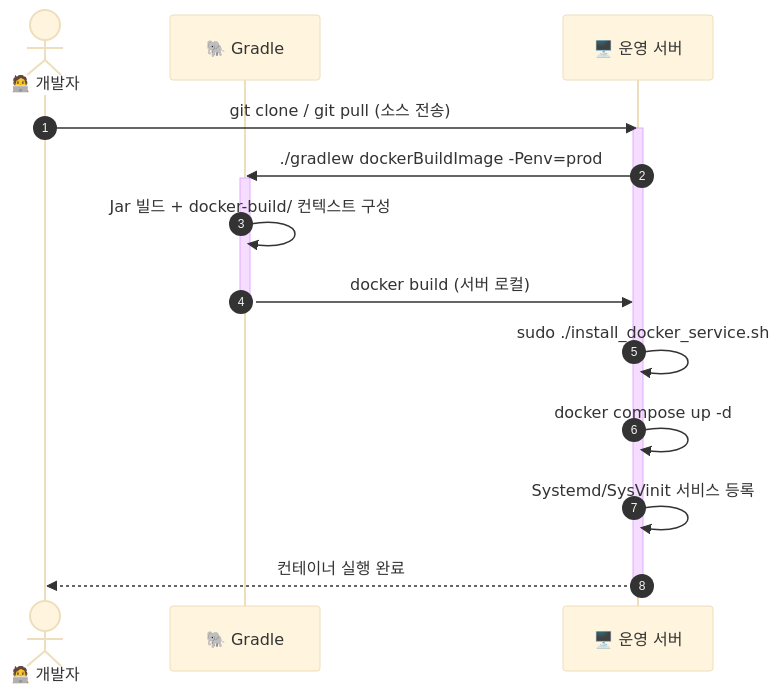
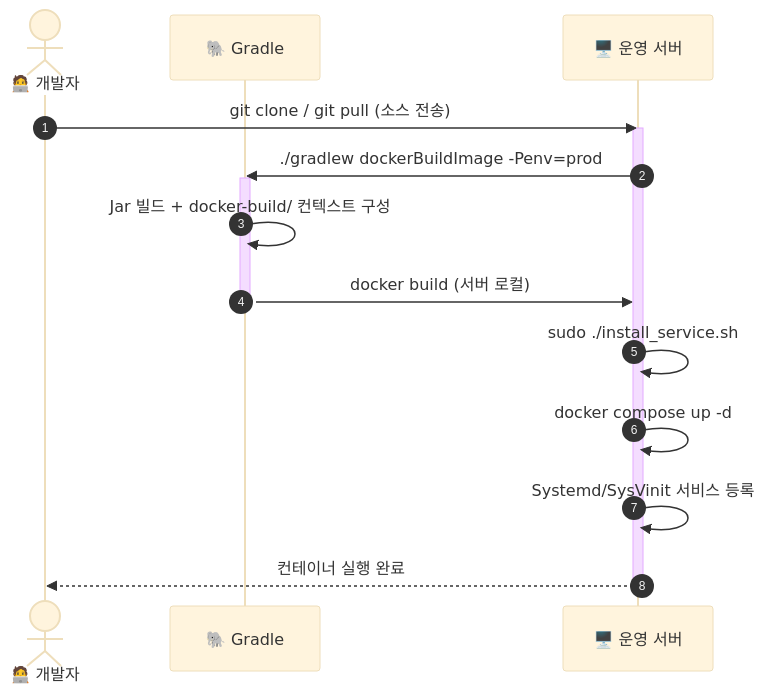
One commit to MJ-Youn/build-template changed the fourth of 6 diagrams in README.md. Above: the diagram before and after it, drawn with Mermaid (base theme). The commit also changed other lines of this file and 3 other files, not shown here.

Commit message:
필요없는 install_docker_service.sh 삭제

````diff
--- a/README.md
+++ b/README.md
@@ -509,20 +509,20 @@
 ```mermaid
 sequenceDiagram
     autonumber
     actor Dev as 🧑‍💻 개발자
     participant Gradle as 🐘 Gradle
     participant Server as 🖥️ 운영 서버
 
     Dev->>Server: git clone / git pull (소스 전송)
     activate Server
     Server->>Gradle: ./gradlew dockerBuildImage -Penv=prod
     activate Gradle
     Gradle->>Gradle: Jar 빌드 + docker-build/ 컨텍스트 구성
     Gradle->>Server: docker build (서버 로컬)
     deactivate Gradle
-    Server->>Server: sudo ./install_docker_service.sh
+    Server->>Server: sudo ./install_service.sh
     Server->>Server: docker compose up -d
     Server->>Server: Systemd/SysVinit 서비스 등록
     Server-->>Dev: 컨테이너 실행 완료
     deactivate Server
 ```
````
